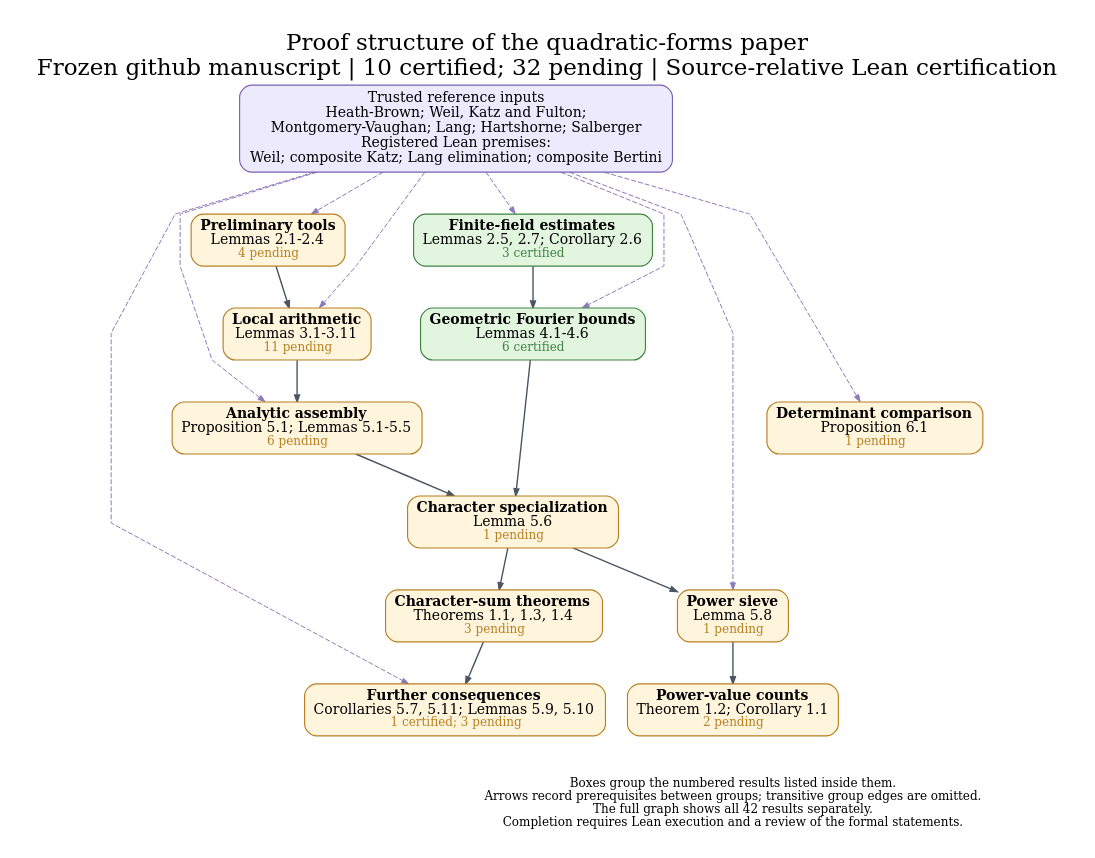
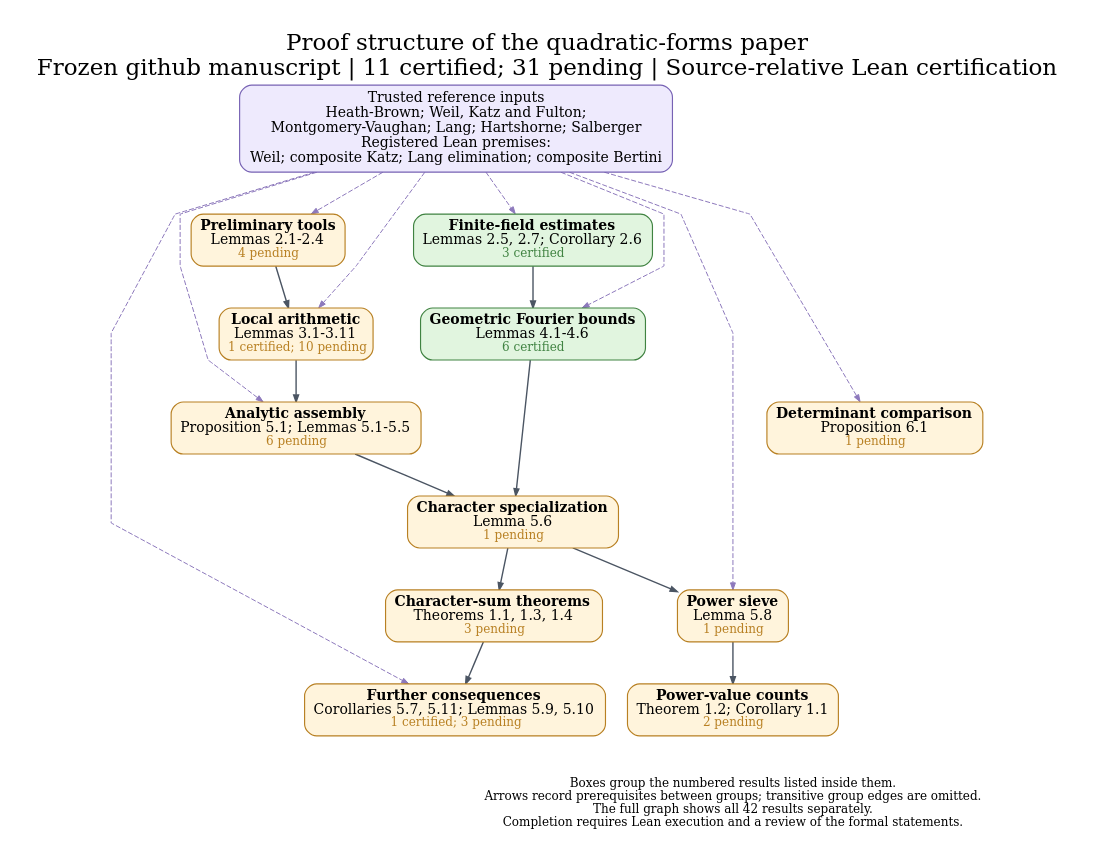
Before and after one commit to nicolasrobles/quaternary-quadratic-forms: the diagram in docs/dependency_overview.dot, drawn with Graphviz. The commit also changed 33 other files, not shown here.

```diff
--- a/docs/dependency_overview.dot
+++ b/docs/dependency_overview.dot
@@ -1,43 +1,43 @@
 digraph Overview {
 graph [rankdir=TB, newrank=true, compound=true, outputorder=edgesfirst,
   bgcolor="white", fontname="DejaVu Serif", fontsize=23, labelloc=t,
-  label="Proof structure of the quadratic-forms paper\nFrozen github manuscript | 10 certified; 32 pending | Source-relative Lean certification",
+  label="Proof structure of the quadratic-forms paper\nFrozen github manuscript | 11 certified; 31 pending | Source-relative Lean certification",
   nodesep=0.30, ranksep=0.58, pad=0.28, splines=polyline];
 node [shape=box, style="rounded,filled", fillcolor="#fff4dc", color="#b88023",
   fontname="DejaVu Serif", fontsize=14, penwidth=1.15, margin="0.12,0.09"];
 edge [color="#4b5563", arrowsize=0.70, penwidth=1.05];
 sources [label="Trusted reference inputs\nHeath-Brown; Weil, Katz and Fulton;\nMontgomery-Vaughan; Lang; Hartshorne; Salberger\nRegistered Lean premises:\nWeil; composite Katz; Lang elimination; composite Bertini", fillcolor="#eeeafd", color="#7762b4", fontsize=14];
 "prelim" [label=<<B>Preliminary tools</B><BR/>Lemmas 2.1-2.4<BR/><FONT POINT-SIZE="12" COLOR="#b88023">4 pending</FONT>>, fillcolor="#fff4dc", color="#b88023", URL="https://github.com/nicolasrobles/quaternary-quadratic-forms/blob/main/INVENTORY.md", target="_blank"];
 "finite" [label=<<B>Finite-field estimates</B><BR/>Lemmas 2.5, 2.7; Corollary 2.6<BR/><FONT POINT-SIZE="12" COLOR="#408342">3 certified</FONT>>, fillcolor="#e1f5df", color="#408342", URL="https://github.com/nicolasrobles/quaternary-quadratic-forms/blob/main/INVENTORY.md", target="_blank"];
-"local" [label=<<B>Local arithmetic</B><BR/>Lemmas 3.1-3.11<BR/><FONT POINT-SIZE="12" COLOR="#b88023">11 pending</FONT>>, fillcolor="#fff4dc", color="#b88023", URL="https://github.com/nicolasrobles/quaternary-quadratic-forms/blob/main/INVENTORY.md", target="_blank"];
+"local" [label=<<B>Local arithmetic</B><BR/>Lemmas 3.1-3.11<BR/><FONT POINT-SIZE="12" COLOR="#b88023">1 certified; 10 pending</FONT>>, fillcolor="#fff4dc", color="#b88023", URL="https://github.com/nicolasrobles/quaternary-quadratic-forms/blob/main/INVENTORY.md", target="_blank"];
 "fourier" [label=<<B>Geometric Fourier bounds</B><BR/>Lemmas 4.1-4.6<BR/><FONT POINT-SIZE="12" COLOR="#408342">6 certified</FONT>>, fillcolor="#e1f5df", color="#408342", URL="https://github.com/nicolasrobles/quaternary-quadratic-forms/blob/main/INVENTORY.md", target="_blank"];
 "analytic" [label=<<B>Analytic assembly</B><BR/>Proposition 5.1; Lemmas 5.1-5.5<BR/><FONT POINT-SIZE="12" COLOR="#b88023">6 pending</FONT>>, fillcolor="#fff4dc", color="#b88023", URL="https://github.com/nicolasrobles/quaternary-quadratic-forms/blob/main/INVENTORY.md", target="_blank"];
 "characters" [label=<<B>Character specialization</B><BR/>Lemma 5.6<BR/><FONT POINT-SIZE="12" COLOR="#b88023">1 pending</FONT>>, fillcolor="#fff4dc", color="#b88023", URL="https://github.com/nicolasrobles/quaternary-quadratic-forms/blob/main/INVENTORY.md", target="_blank"];
 "sieve" [label=<<B>Power sieve</B><BR/>Lemma 5.8<BR/><FONT POINT-SIZE="12" COLOR="#b88023">1 pending</FONT>>, fillcolor="#fff4dc", color="#b88023", URL="https://github.com/nicolasrobles/quaternary-quadratic-forms/blob/main/INVENTORY.md", target="_blank"];
 "consequences" [label=<<B>Further consequences</B><BR/>Corollaries 5.7, 5.11; Lemmas 5.9, 5.10<BR/><FONT POINT-SIZE="12" COLOR="#b88023">1 certified; 3 pending</FONT>>, fillcolor="#fff4dc", color="#b88023", URL="https://github.com/nicolasrobles/quaternary-quadratic-forms/blob/main/INVENTORY.md", target="_blank"];
 "maincharacters" [label=<<B>Character-sum theorems</B><BR/>Theorems 1.1, 1.3, 1.4<BR/><FONT POINT-SIZE="12" COLOR="#b88023">3 pending</FONT>>, fillcolor="#fff4dc", color="#b88023", URL="https://github.com/nicolasrobles/quaternary-quadratic-forms/blob/main/INVENTORY.md", target="_blank"];
 "mainpowers" [label=<<B>Power-value counts</B><BR/>Theorem 1.2; Corollary 1.1<BR/><FONT POINT-SIZE="12" COLOR="#b88023">2 pending</FONT>>, fillcolor="#fff4dc", color="#b88023", URL="https://github.com/nicolasrobles/quaternary-quadratic-forms/blob/main/INVENTORY.md", target="_blank"];
 "fixed" [label=<<B>Determinant comparison</B><BR/>Proposition 6.1<BR/><FONT POINT-SIZE="12" COLOR="#b88023">1 pending</FONT>>, fillcolor="#fff4dc", color="#b88023", URL="https://github.com/nicolasrobles/quaternary-quadratic-forms/blob/main/INVENTORY.md", target="_blank"];
 "analytic" -> "characters" [penwidth=1.4];
 "characters" -> "maincharacters" [penwidth=1.4];
 "characters" -> "sieve" [penwidth=1.4];
 "finite" -> "fourier" [penwidth=1.4];
 "fourier" -> "characters" [penwidth=1.4];
 "local" -> "analytic" [penwidth=1.4];
 "maincharacters" -> "consequences" [penwidth=1.4];
 "prelim" -> "local" [penwidth=1.4];
 "sieve" -> "mainpowers" [penwidth=1.4];
 sources -> "analytic" [style=dashed, color="#8d79bc", penwidth=1.0];
 sources -> "consequences" [style=dashed, color="#8d79bc", penwidth=1.0];
 sources -> "finite" [style=dashed, color="#8d79bc", penwidth=1.0];
 sources -> "fixed" [style=dashed, color="#8d79bc", penwidth=1.0];
 sources -> "fourier" [style=dashed, color="#8d79bc", penwidth=1.0];
 sources -> "local" [style=dashed, color="#8d79bc", penwidth=1.0];
 sources -> "prelim" [style=dashed, color="#8d79bc", penwidth=1.0];
 sources -> "sieve" [style=dashed, color="#8d79bc", penwidth=1.0];
 legend [shape=plain, style="", label="Boxes group the numbered results listed inside them.\nArrows record prerequisites between groups; transitive group edges are omitted.\nThe full graph shows all 42 results separately.\nCompletion requires Lean execution and a review of the formal statements.", fontsize=12];
 {rank=sink; legend;}
 "consequences" -> legend [style=invis];
 "fixed" -> legend [style=invis];
 "mainpowers" -> legend [style=invis];
 }
```
